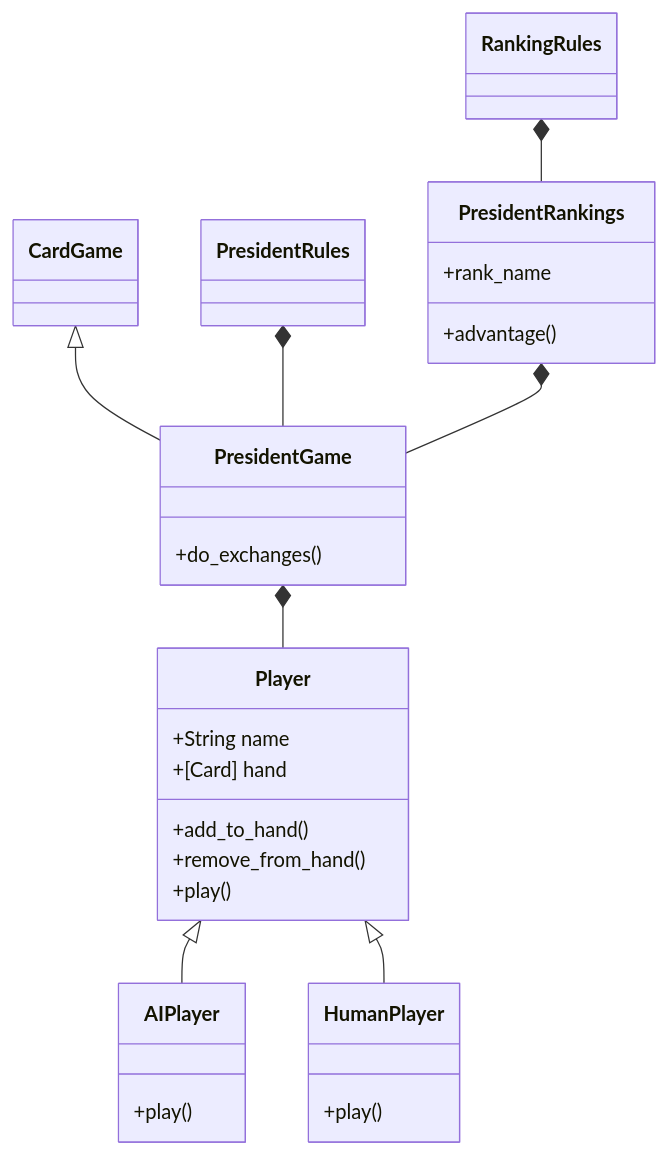
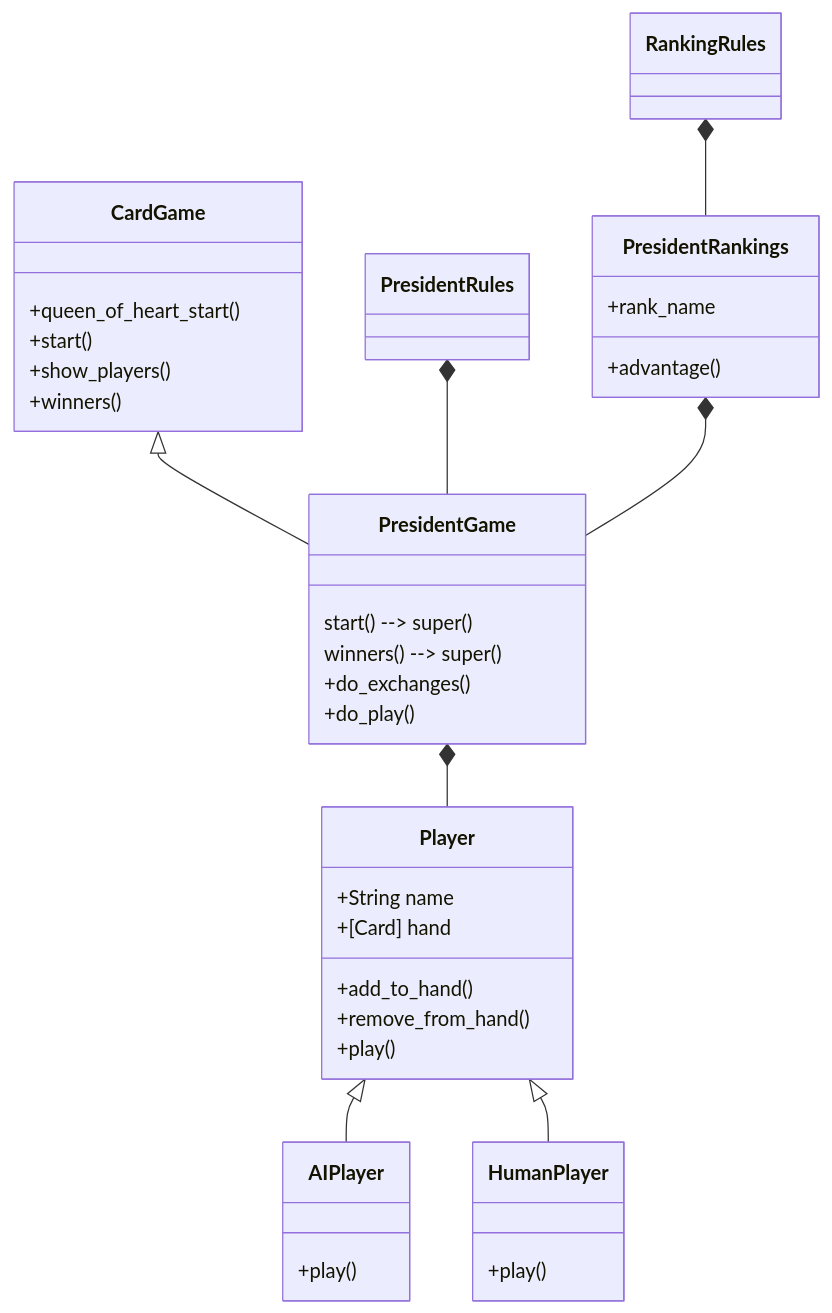
One commit to Mistayan/President-Game changed the third of 5 diagrams in README.md. Above: the diagram before and after it, drawn with Mermaid. The commit also changed other lines of this file, not shown here.

````diff
--- a/README.md
+++ b/README.md
@@ -77,33 +91,40 @@
 ```mermaid
 classDiagram
     CardGame <|-- PresidentGame
     RankingRules *-- PresidentRankings
     PresidentRules *-- PresidentGame
     PresidentRankings *-- PresidentGame
     PresidentGame *-- Player
     Player <|-- AIPlayer
     Player <|-- HumanPlayer
     
     class CardGame{
+        +queen_of_heart_start()
+        +start()
+        +show_players()
+        +winners()
     }
     class PresidentGame{
+        start() --> super()
+        winners() --> super()
         +do_exchanges()
+        +do_play()
     }
     class Player{
         +String name
         +[Card] hand
         +add_to_hand()
         +remove_from_hand()
         +play()
     }
     class PresidentRankings{
         +rank_name
         +advantage()
     }
     class AIPlayer{
         +play()
     }
     class HumanPlayer{
         +play()
     }
 ```
````
